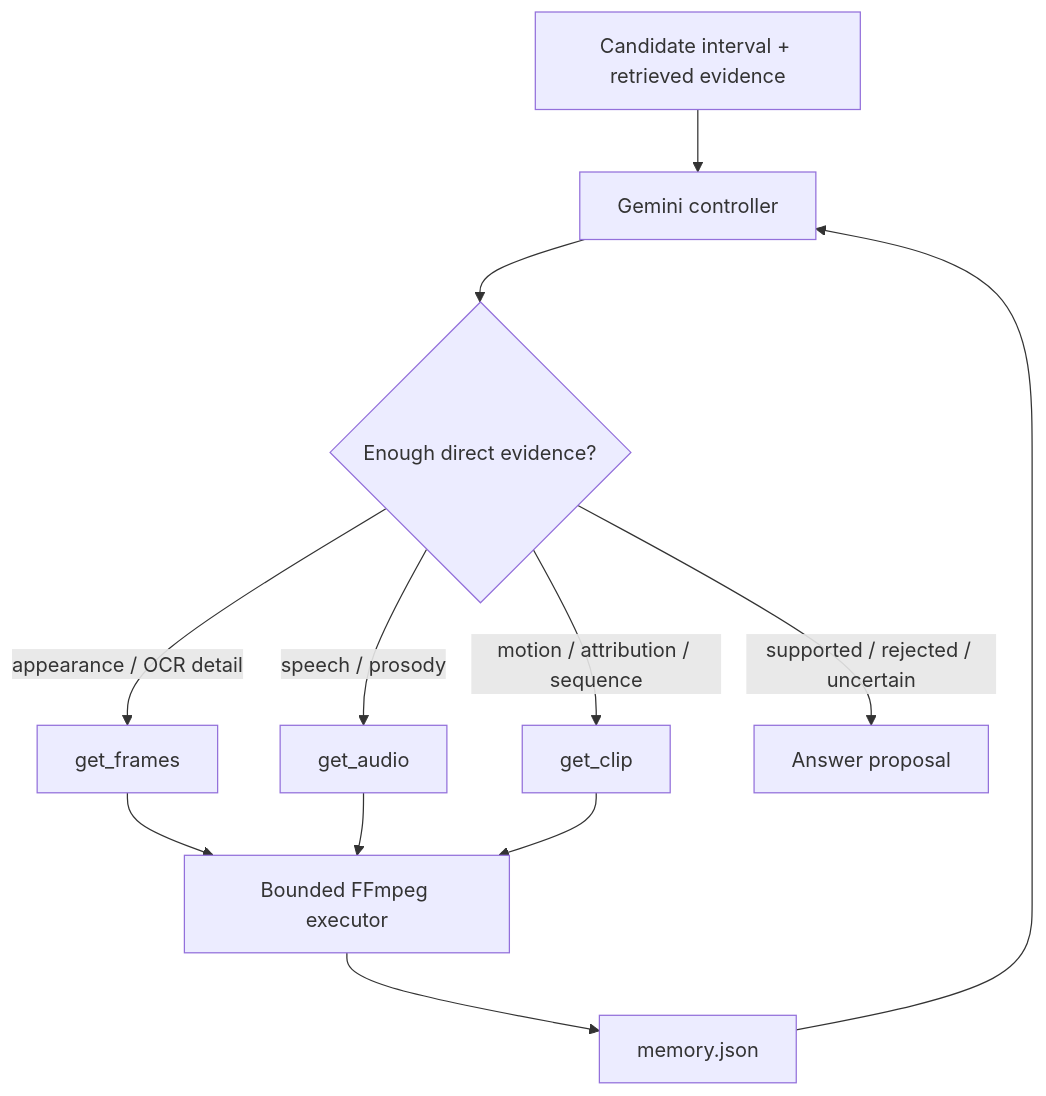
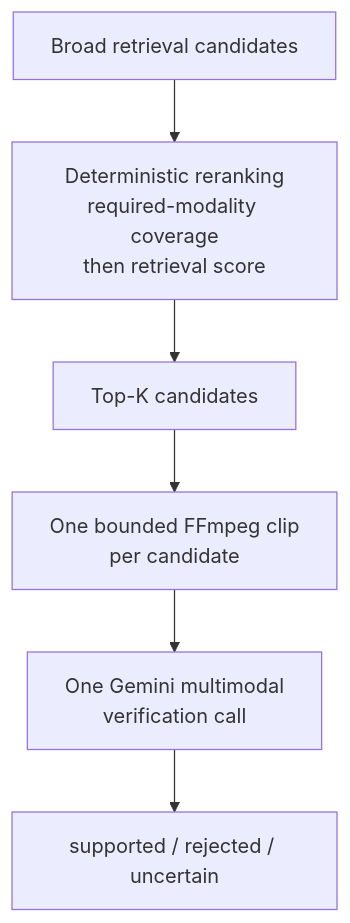
The sixth of 12 diagrams in SYSTEM_DESIGN.md (giaphoang/PatrolLens), drawn with Mermaid before and after one commit. The commit also changed other lines of this file and 23 other files, not shown here.

````diff
--- a/SYSTEM_DESIGN.md
+++ b/SYSTEM_DESIGN.md
@@ -229,13 +222,8 @@
 ```mermaid
 flowchart TD
-    C["Candidate interval + retrieved evidence"] --> G["Gemini controller"]
-    G --> D{"Enough direct evidence?"}
-    D -->|"appearance / OCR detail"| GF["get_frames"]
-    D -->|"speech / prosody"| GA["get_audio"]
-    D -->|"motion / attribution / sequence"| GC["get_clip"]
-    GF --> FF["Bounded FFmpeg executor"]
-    GA --> FF
-    GC --> FF
-    FF --> M["memory.json"] --> G
-    D -->|"supported / rejected / uncertain"| A["Answer proposal"]
+    C["Broad retrieval candidates"] --> R["Deterministic reranking<br/>required-modality coverage<br/>then retrieval score"]
+    R --> K["Top-K candidates"]
+    K --> FF["One bounded FFmpeg clip<br/>per candidate"]
+    FF --> G["One Gemini multimodal<br/>verification call"]
+    G --> A["supported / rejected / uncertain"]
 ```
````
